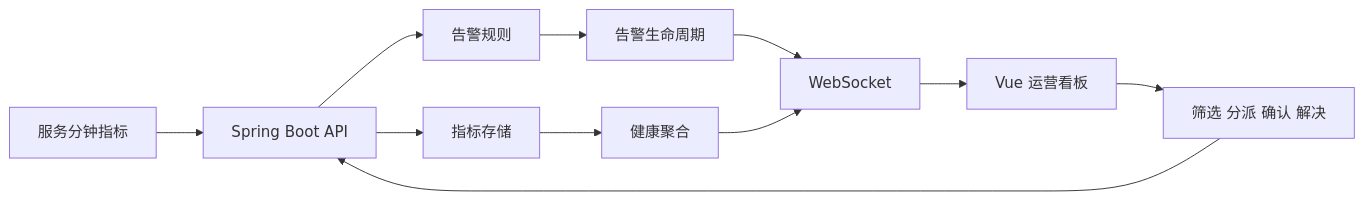
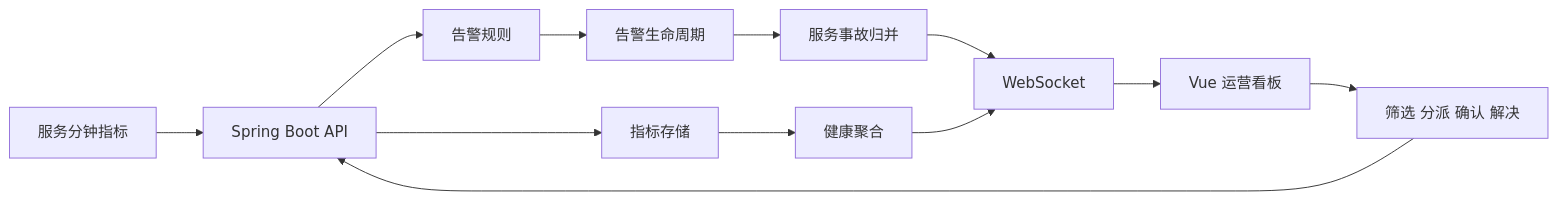
Before and after one commit to ZliY221/internet-realtime-data-operations-platform: the diagram in README.md, drawn with Mermaid. The commit also changed other lines of this file and 23 other files, not shown here.

````diff
--- a/README.md
+++ b/README.md
@@ -57,13 +58,14 @@
 ```mermaid
 flowchart LR
     A[服务分钟指标] --> B[Spring Boot API]
     B --> C[指标存储]
     B --> D[告警规则]
     D --> E[告警生命周期]
+    E --> K[服务事故归并]
     C --> F[健康聚合]
-    E --> G[WebSocket]
+    K --> G[WebSocket]
     F --> G
     G --> H[Vue 运营看板]
     H --> I[筛选 分派 确认 解决]
     I --> B
 ```
````
